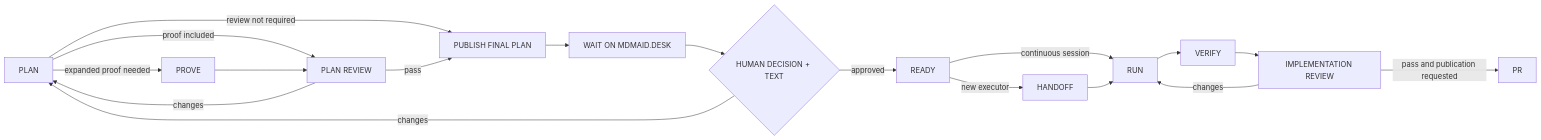
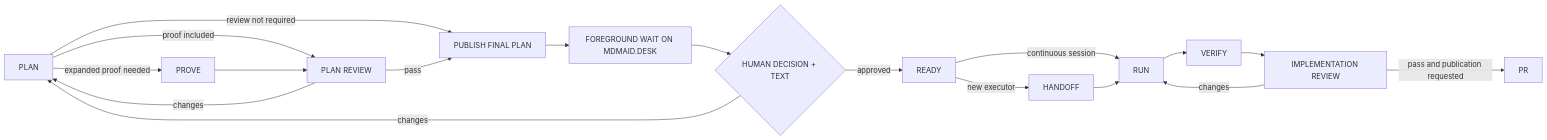
Before and after one commit to riidii-md/agentnyk-maisternia: the diagram in docs/REVIEW-WORKFLOW.md, drawn with Mermaid. The commit also changed other lines of this file and 5 other files, not shown here.

````diff
--- a/docs/REVIEW-WORKFLOW.md
+++ b/docs/REVIEW-WORKFLOW.md
@@ -29,20 +29,20 @@
 ```mermaid
 flowchart LR
     PLAN[PLAN] -->|expanded proof needed| PROVE[PROVE]
     PLAN -->|proof included| PLANREVIEW[PLAN REVIEW]
     PLAN -->|review not required| PRESENT[PUBLISH FINAL PLAN]
     PROVE --> PLANREVIEW
     PLANREVIEW -->|pass| PRESENT
     PLANREVIEW -->|changes| PLAN
-    PRESENT --> WAIT[WAIT ON MDMAID.DESK]
+    PRESENT --> WAIT[FOREGROUND WAIT ON MDMAID.DESK]
     WAIT --> DECIDE{HUMAN DECISION + TEXT}
     DECIDE -->|changes| PLAN
     DECIDE -->|approved| READY[READY]
     READY -->|new executor| HANDOFF[HANDOFF]
     READY -->|continuous session| RUN[RUN]
     HANDOFF --> RUN
     RUN --> VERIFY[VERIFY]
     VERIFY --> IMPLREVIEW[IMPLEMENTATION REVIEW]
     IMPLREVIEW -->|pass and publication requested| PR[PR]
     IMPLREVIEW -->|changes| RUN
 ```
````
